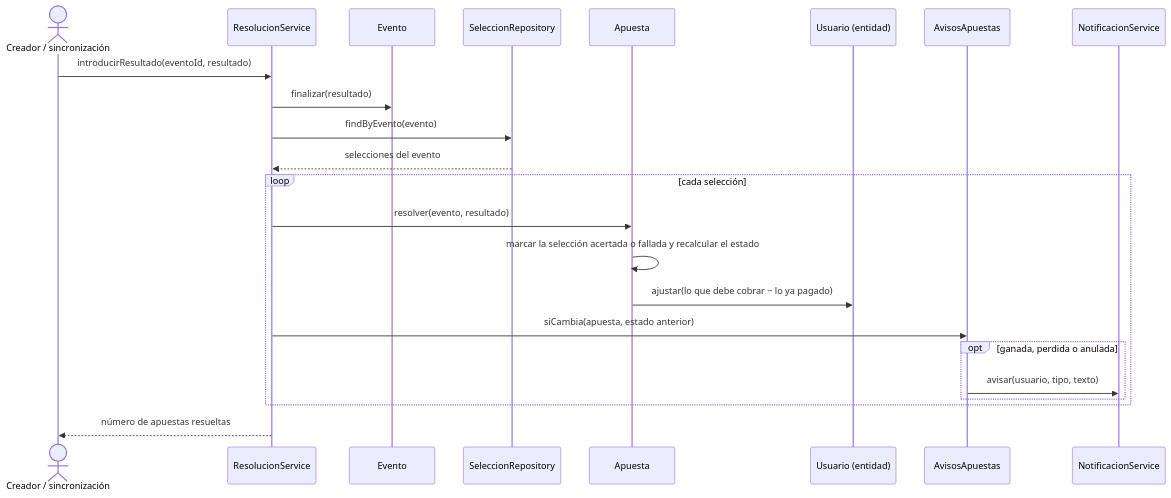
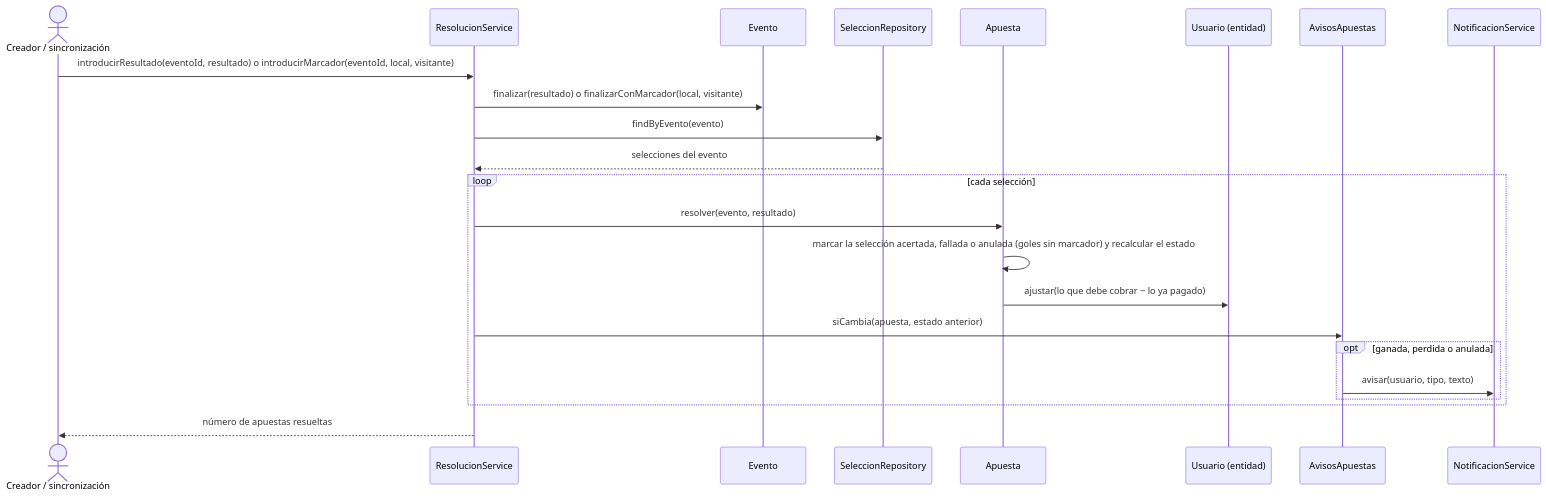
The eighth of 9 diagrams in docs/diseno/uml.md (riverri/IS1), drawn with Mermaid before and after one commit. The commit also changed other lines of this file and 52 other files, not shown here.

````diff
--- a/docs/diseno/uml.md
+++ b/docs/diseno/uml.md
@@ -390,26 +424,26 @@
 ```mermaid
 sequenceDiagram
     actor C as Creador / sincronización
     participant RS as ResolucionService
     participant E as Evento
     participant SR as SeleccionRepository
     participant A as Apuesta
     participant U as Usuario (entidad)
     participant AV as AvisosApuestas
     participant NS as NotificacionService
 
-    C->>RS: introducirResultado(eventoId, resultado)
-    RS->>E: finalizar(resultado)
+    C->>RS: introducirResultado(eventoId, resultado) o introducirMarcador(eventoId, local, visitante)
+    RS->>E: finalizar(resultado) o finalizarConMarcador(local, visitante)
     RS->>SR: findByEvento(evento)
     SR-->>RS: selecciones del evento
     loop cada selección
         RS->>A: resolver(evento, resultado)
-        A->>A: marcar la selección acertada o fallada y recalcular el estado
+        A->>A: marcar la selección acertada, fallada o anulada (goles sin marcador) y recalcular el estado
         A->>U: ajustar(lo que debe cobrar − lo ya pagado)
         RS->>AV: siCambia(apuesta, estado anterior)
         opt ganada, perdida o anulada
             AV->>NS: avisar(usuario, tipo, texto)
         end
     end
     RS-->>C: número de apuestas resueltas
 ```
````
